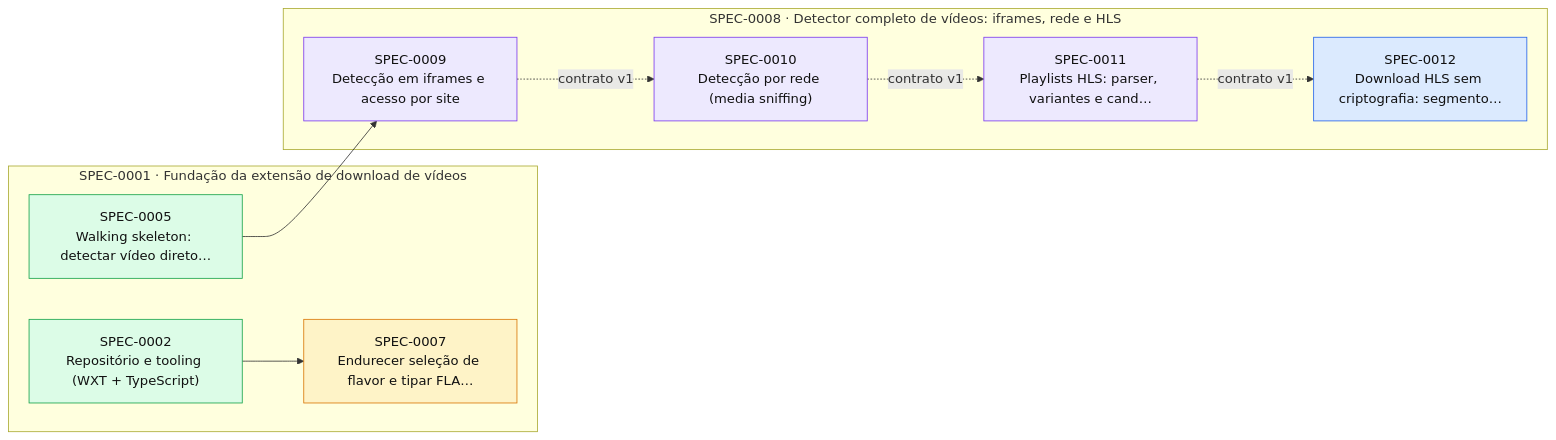
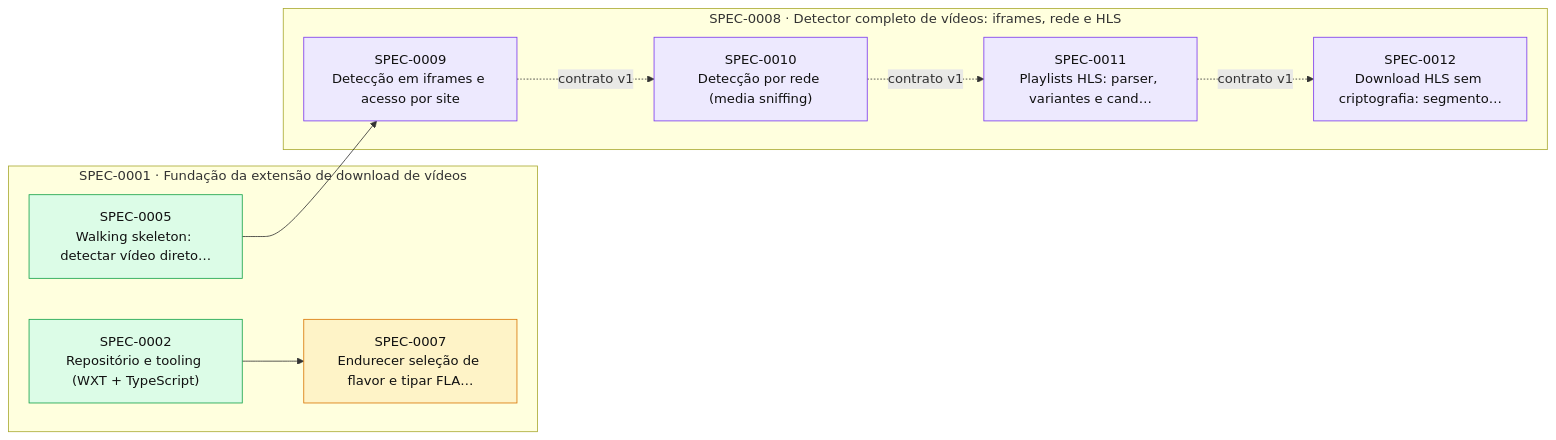
The diagram in docs/specs/INDEX.md (thomasravache/video-downloader), drawn with Mermaid before and after one commit. The commit also changed other lines of this file and 1 other file, not shown here.

First line of the commit message:
docs(sdd): start SPEC-0012

````diff
--- a/docs/specs/INDEX.md
+++ b/docs/specs/INDEX.md
@@ -63,24 +63,24 @@
 ```mermaid
 flowchart LR
   subgraph E0001["SPEC-0001 · Fundação da extensão de download de vídeos"]
     S0002["SPEC-0002<br/>Repositório e tooling (WXT + TypeScript)"]:::implemented
     S0005["SPEC-0005<br/>Walking skeleton: detectar vídeo direto…"]:::implemented
     S0007["SPEC-0007<br/>Endurecer seleção de flavor e tipar FLA…"]:::proposed
   end
   subgraph E0008["SPEC-0008 · Detector completo de vídeos: iframes, rede e HLS"]
     S0009["SPEC-0009<br/>Detecção em iframes e acesso por site"]:::inprogress
     S0010["SPEC-0010<br/>Detecção por rede (media sniffing)"]:::inprogress
     S0011["SPEC-0011<br/>Playlists HLS: parser, variantes e cand…"]:::inprogress
-    S0012["SPEC-0012<br/>Download HLS sem criptografia: segmento…"]:::approved
+    S0012["SPEC-0012<br/>Download HLS sem criptografia: segmento…"]:::inprogress
   end
   S0002 --> S0007
   S0005 --> S0009
   S0009 -. contrato v1 .-> S0010
   S0010 -. contrato v1 .-> S0011
   S0011 -. contrato v1 .-> S0012
   classDef proposed fill:#fef3c7,stroke:#d97706,color:#111
   classDef approved fill:#dbeafe,stroke:#2563eb,color:#111
   classDef inprogress fill:#ede9fe,stroke:#7c3aed,color:#111
   classDef implemented fill:#dcfce7,stroke:#16a34a,color:#111
   classDef deprecated fill:#f3f4f6,stroke:#9ca3af,color:#6b7280
 ```
````
